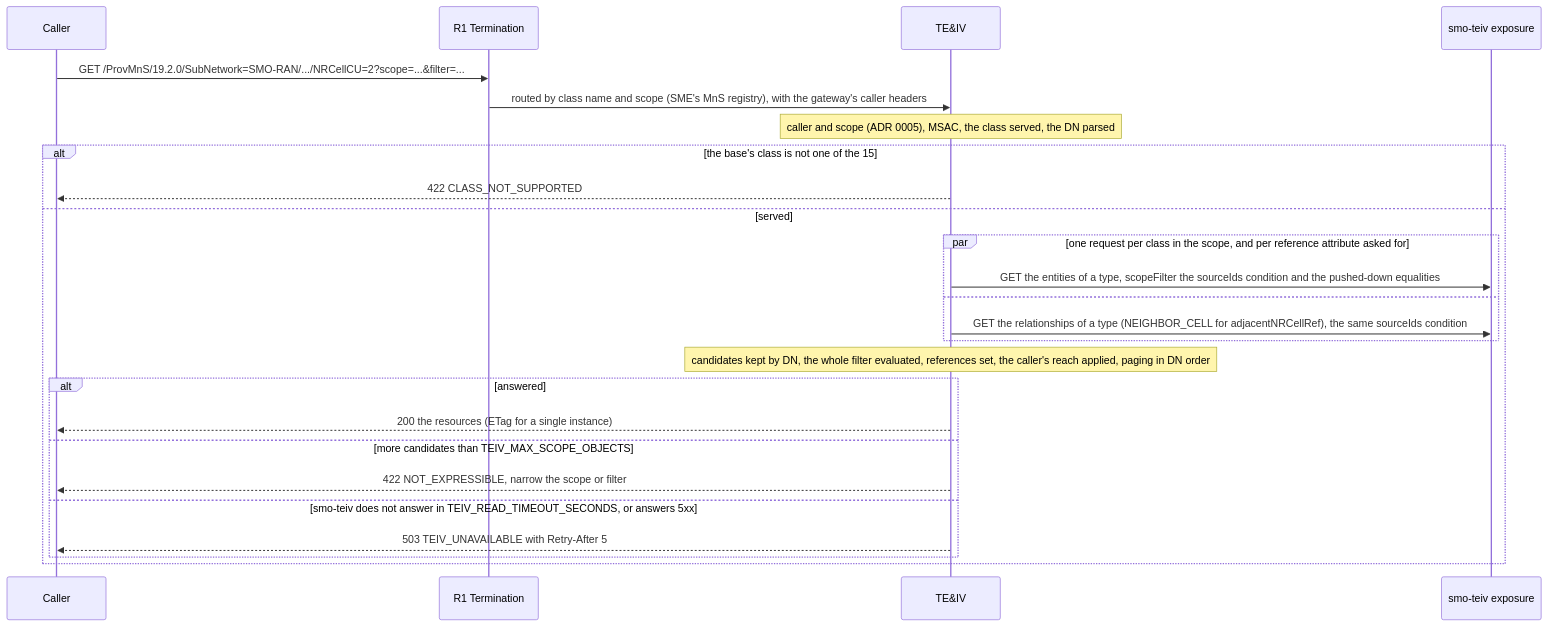
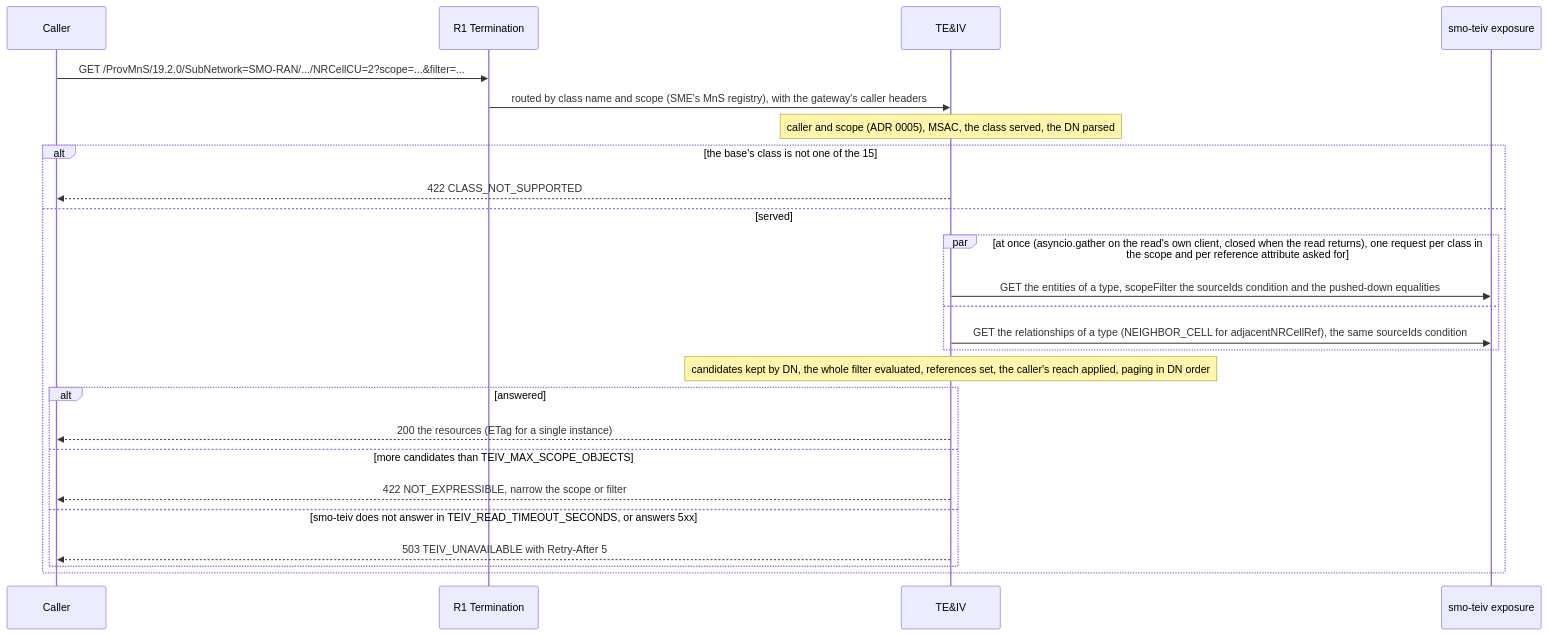
Before and after one commit to rsys-bshankar/ai-ran-smo: the second of 3 diagrams in smo/teiv/docs/lifecycle.md, drawn with Mermaid. The commit also changed other lines of this file and 12 other files, not shown here.

First line of the commit message:
TE&IV reads fan out with asyncio per read; the decorator schema is loaded by the readiness probe

````diff
--- a/smo/teiv/docs/lifecycle.md
+++ b/smo/teiv/docs/lifecycle.md
@@ -48,28 +46,28 @@
 ```mermaid
 sequenceDiagram
     participant C as Caller
     participant R as R1 Termination
     participant T as TE&IV
     participant X as smo-teiv exposure
 
     C->>R: GET /ProvMnS/19.2.0/SubNetwork=SMO-RAN/.../NRCellCU=2?scope=...&filter=...
     R->>T: routed by class name and scope (SME's MnS registry), with the gateway's caller headers
     Note over T: caller and scope (ADR 0005), MSAC, the class served, the DN parsed
     alt the base's class is not one of the 15
         T-->>C: 422 CLASS_NOT_SUPPORTED
     else served
-        par one request per class in the scope, and per reference attribute asked for
+        par at once (asyncio.gather on the read's own client, closed when the read returns), one request per class in the scope and per reference attribute asked for
             T->>X: GET the entities of a type, scopeFilter the sourceIds condition and the pushed-down equalities
         and
             T->>X: GET the relationships of a type (NEIGHBOR_CELL for adjacentNRCellRef), the same sourceIds condition
         end
         Note over T: candidates kept by DN, the whole filter evaluated, references set, the caller's reach applied, paging in DN order
         alt answered
             T-->>C: 200 the resources (ETag for a single instance)
         else more candidates than TEIV_MAX_SCOPE_OBJECTS
             T-->>C: 422 NOT_EXPRESSIBLE, narrow the scope or filter
         else smo-teiv does not answer in TEIV_READ_TIMEOUT_SECONDS, or answers 5xx
             T-->>C: 503 TEIV_UNAVAILABLE with Retry-After 5
         end
     end
 ```
````
